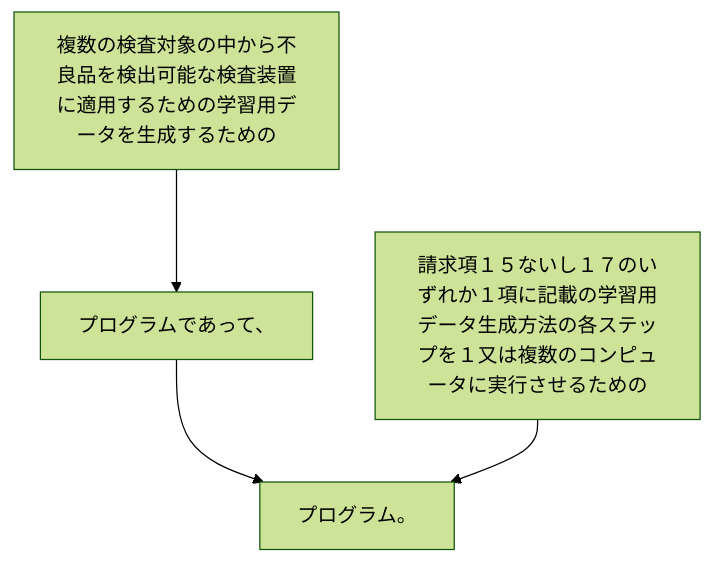
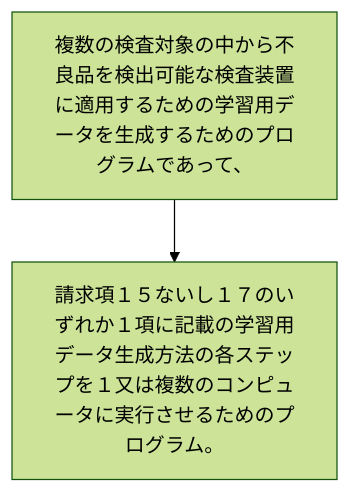
The diagram in 2024/JP2024000284A/claim_18/claim_18_graph.md (shinmori55/patent_analyzed), drawn with Mermaid (forest theme) before and after one commit. The commit also changed 15 other files, not shown here.

````diff
--- a/2024/JP2024000284A/claim_18/claim_18_graph.md
+++ b/2024/JP2024000284A/claim_18/claim_18_graph.md
@@ -1,10 +1,6 @@
 ```mermaid
 flowchart TD
-A[複数の検査対象の中から不良品を検出可能な検査装置に適用するための学習用データを生成するための]
-B[プログラムであって、]
-C[請求項１５ないし１７のいずれか１項に記載の学習用データ生成方法の各ステップを１又は複数のコンピュータに実行させるための]
-D[プログラム。]
+A[複数の検査対象の中から不良品を検出可能な検査装置に適用するための学習用データを生成するためのプログラムであって、]
+B[請求項１５ないし１７のいずれか１項に記載の学習用データ生成方法の各ステップを１又は複数のコンピュータに実行させるためのプログラム。]
 A --> B
-B --> D
-C --> D
 ```
````
